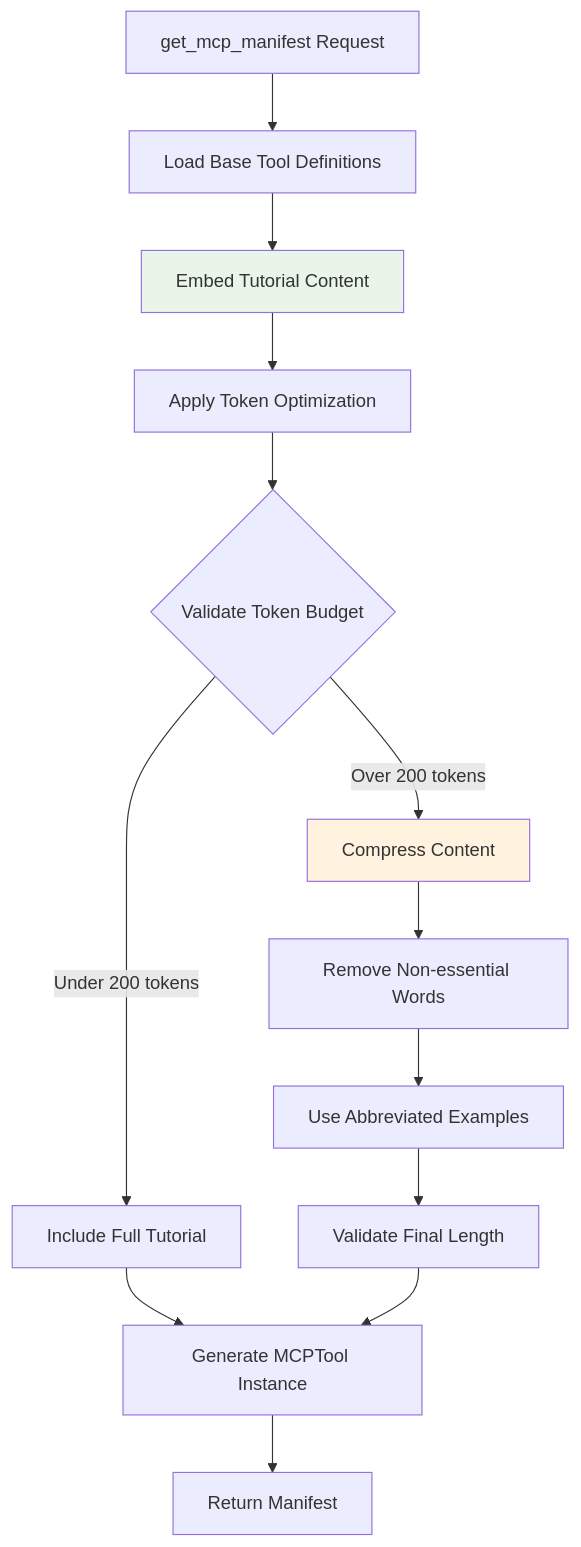
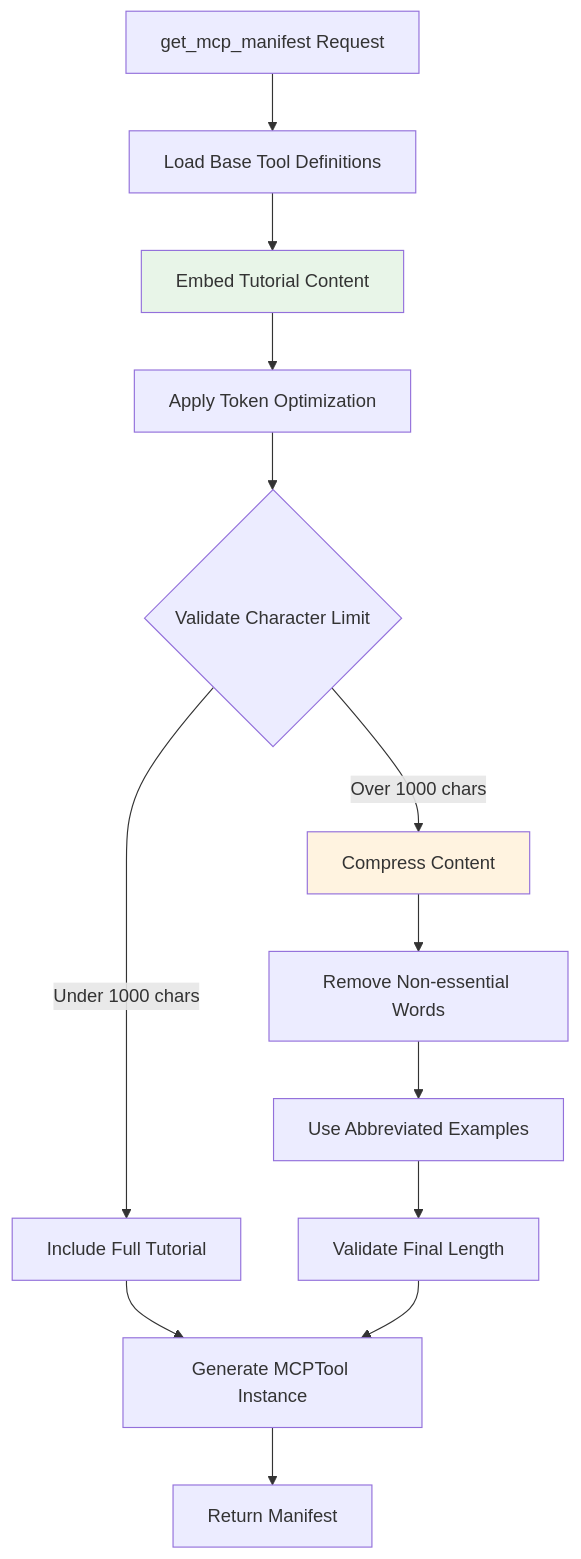
One commit to RimoVR/docsrs-mcp changed diagram 50 of 53 in Architecture.md. Above: the diagram before and after it, drawn with Mermaid. The commit also changed other lines of this file and 8 other files, not shown here.

````diff
--- a/Architecture.md
+++ b/Architecture.md
@@ -4295,21 +4305,21 @@
 ```mermaid
 flowchart TD
     A[get_mcp_manifest Request] --> B[Load Base Tool Definitions]
     B --> C[Embed Tutorial Content]
     C --> D[Apply Token Optimization]
     
-    D --> E{Validate Token Budget}
-    E -->|Under 200 tokens| F[Include Full Tutorial]
-    E -->|Over 200 tokens| G[Compress Content]
+    D --> E{Validate Character Limit}
+    E -->|Under 1000 chars| F[Include Full Tutorial]
+    E -->|Over 1000 chars| G[Compress Content]
     
     G --> H[Remove Non-essential Words]
     H --> I[Use Abbreviated Examples]
     I --> J[Validate Final Length]
     
     F --> K[Generate MCPTool Instance]
     J --> K
     K --> L[Return Manifest]
     
     style C fill:#e8f5e8
     style G fill:#fff3e0
 ```
````
